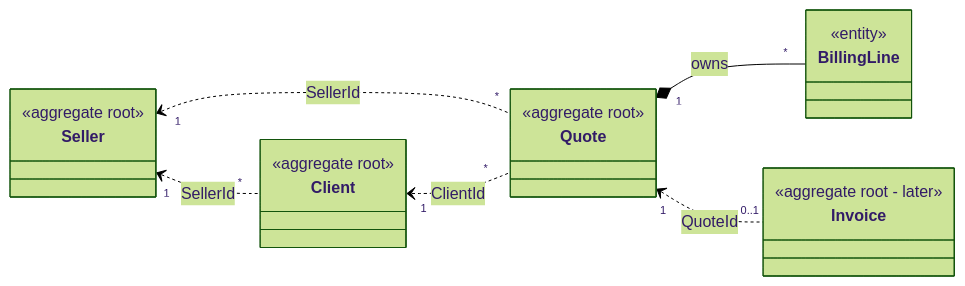
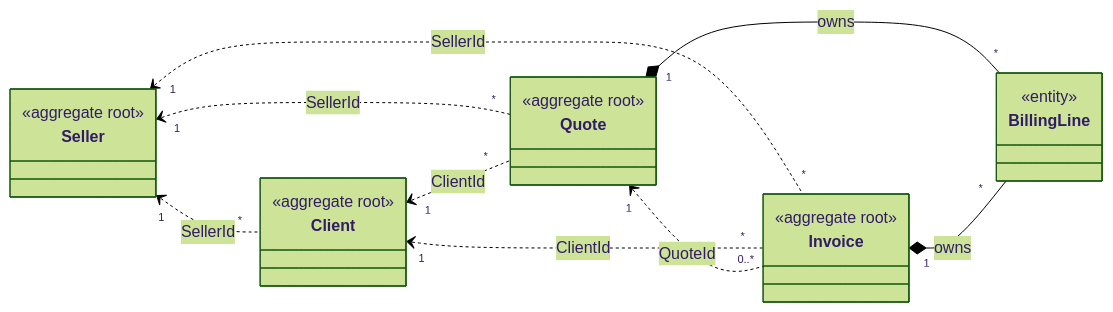
The first of 5 diagrams in docs/domain-model.md (MarineLouWork/ChaChing), drawn with Mermaid (forest theme) before and after one commit. The commit also changed other lines of this file and 52 other files, not shown here.

````diff
--- a/docs/domain-model.md
+++ b/docs/domain-model.md
@@ -11,26 +26,29 @@
 ```mermaid
 classDiagram
     direction LR
 
     class Seller {
         <<aggregate root>>
     }
     class Client {
         <<aggregate root>>
     }
     class Quote {
         <<aggregate root>>
     }
+    class Invoice {
+        <<aggregate root>>
+    }
     class BillingLine {
         <<entity>>
-    }
-    class Invoice {
-        <<aggregate root - later>>
     }
 
     Seller "1" <.. "*" Client : SellerId
     Seller "1" <.. "*" Quote : SellerId
+    Seller "1" <.. "*" Invoice : SellerId
     Client "1" <.. "*" Quote : ClientId
+    Client "1" <.. "*" Invoice : ClientId
+    Quote "1" <.. "0..*" Invoice : QuoteId
     Quote "1" *-- "*" BillingLine : owns
-    Quote "1" <.. "0..1" Invoice : QuoteId
+    Invoice "1" *-- "*" BillingLine : owns
 ```
````
